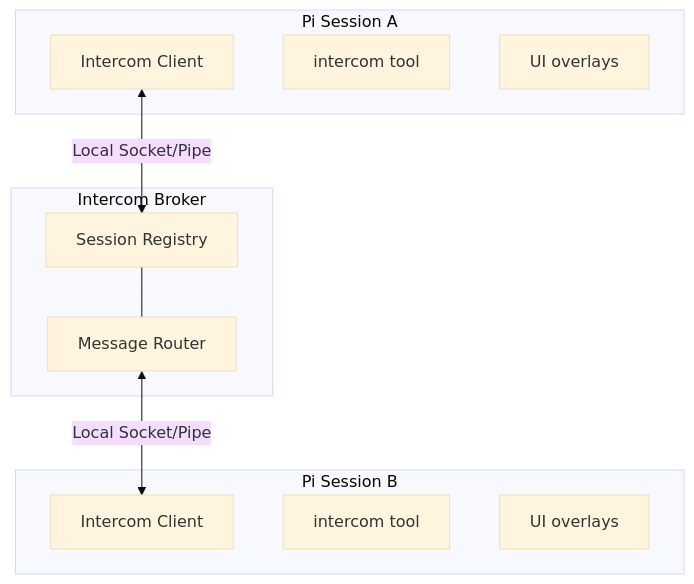
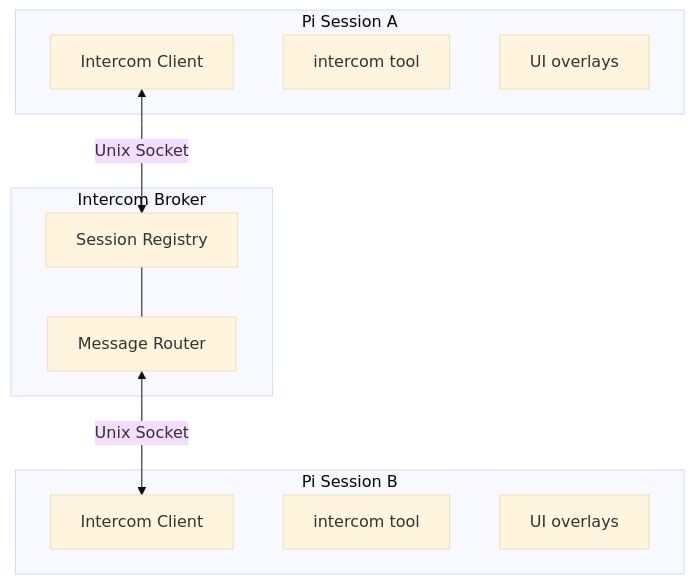
The diagram in docs/intercom.md (fitchmultz/pi-subagents), drawn with Mermaid (base theme) before and after one commit. The commit also changed other lines of this file and 24 other files, not shown here.

````diff
--- a/docs/intercom.md
+++ b/docs/intercom.md
@@ -408,23 +424,23 @@
 ```mermaid
 graph TB
     subgraph A["Pi Session A"]
         A1[Intercom Client]
         A2[intercom tool]
         A3[UI overlays]
     end
 
     subgraph Broker["Intercom Broker"]
         B1[Session Registry]
         B2[Message Router]
     end
 
     subgraph B["Pi Session B"]
         B3[Intercom Client]
         B4[intercom tool]
         B5[UI overlays]
     end
 
-    A1 <-->|Local Socket/Pipe| B1
+    A1 <-->|Unix Socket| B1
     B1 --- B2
-    B2 <-->|Local Socket/Pipe| B3
+    B2 <-->|Unix Socket| B3
 ```
````
